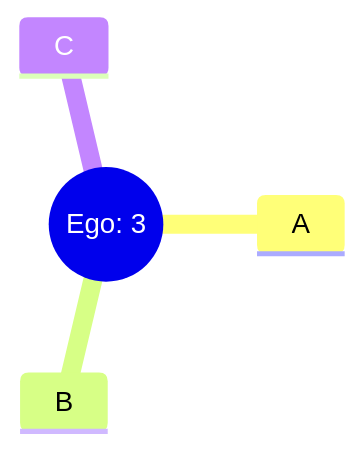
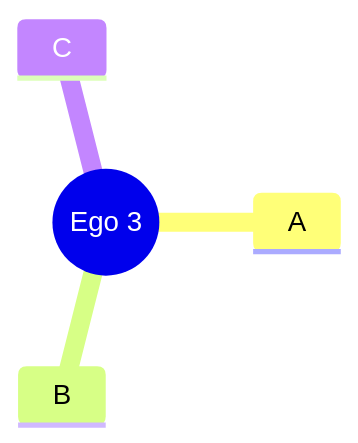
The diagram in learning/na101-basics/learn.md (czrpb/networkanalysis), drawn with Mermaid before and after one commit.

Commit message:
updates: 20231119-145446

````diff
--- a/learning/na101-basics/learn.md
+++ b/learning/na101-basics/learn.md
@@ -35,7 +35,7 @@
 ```mermaid
 mindmap
-  root(("Ego: 3"))
+  root(("Ego 3"))
     A
     B
     C
 ```
````
